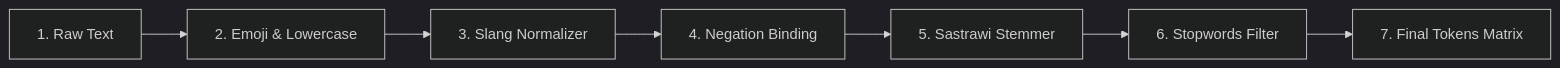
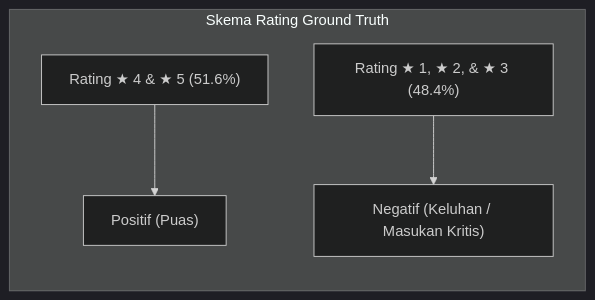
The second of 3 diagrams in docs/10_studi_kasus_sarkasme_dan_anomali.md (presidendjakarta/Binus-s2-Business-Intelligence-and-Analytics-TK), drawn with Mermaid (dark theme) before and after one commit. The commit also changed other lines of this file and 15 other files, not shown here.

````diff
--- a/docs/10_studi_kasus_sarkasme_dan_anomali.md
+++ b/docs/10_studi_kasus_sarkasme_dan_anomali.md
@@ -98,9 +99,7 @@
 ```mermaid
 flowchart LR
-    S1["1. Raw Text"] --> S2["2. Emoji & Lowercase"]
-    S2 --> S3["3. Slang Normalizer"]
-    S3 --> S4["4. Negation Binding"]
-    S4 --> S5["5. Sastrawi Stemmer"]
-    S5 --> S6["6. Stopwords Filter"]
-    S6 --> S7["7. Final Tokens Matrix"]
+    subgraph SkemaGroundTruth ["Skema Rating Ground Truth"]
+        R1["Rating ★ 4 & ★ 5 (51.6%)"] --> L1["Positif (Puas)"]
+        R2["Rating ★ 1, ★ 2, & ★ 3 (48.4%)"] --> L2["Negatif (Keluhan / Masukan Kritis)"]
+    end
 ```
````
